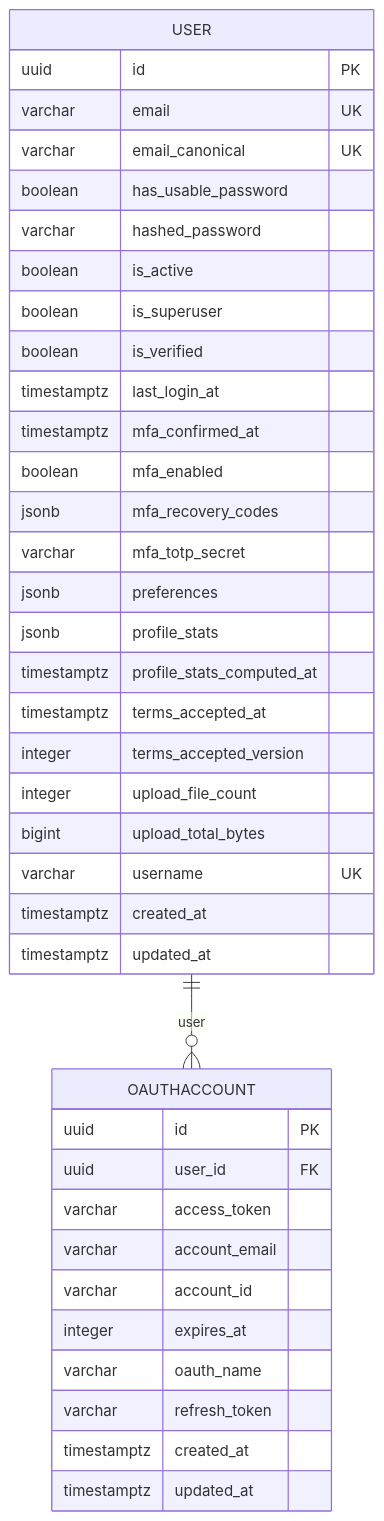
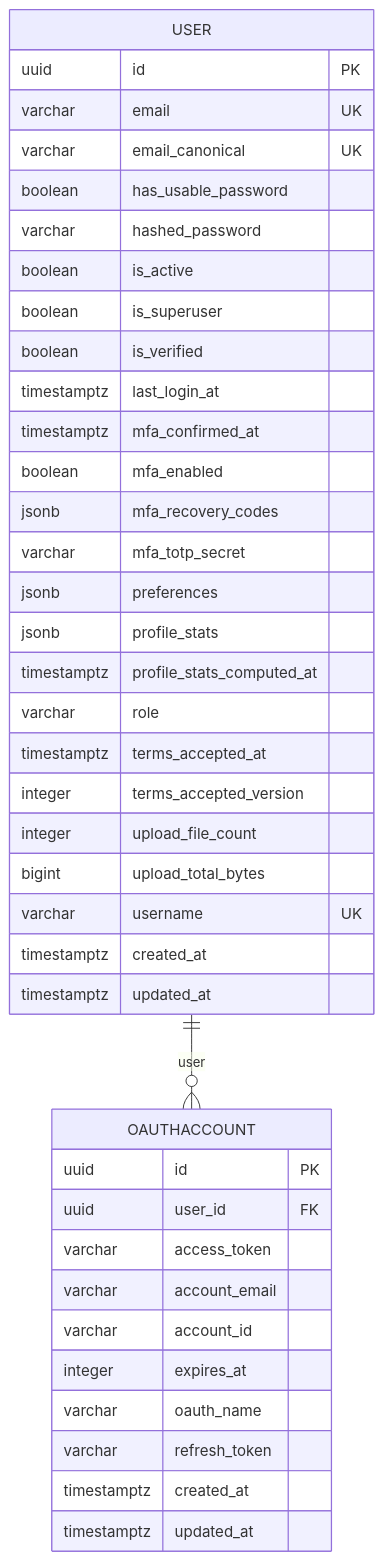
One commit to CMLPlatform/relab changed the diagram in docs/src/components/datamodel/user-management.generated.mdx. Above: the diagram before and after it, drawn with Mermaid. The commit also changed 3 other files, not shown here.

First line of the commit message:
chore(api): regenerate OpenAPI schema and app types

````diff
--- a/docs/src/components/datamodel/user-management.generated.mdx
+++ b/docs/src/components/datamodel/user-management.generated.mdx
@@ -3,46 +3,47 @@
 ```mermaid
 erDiagram
     accTitle: User management entities
     accDescr: The user management tables are OAUTHACCOUNT, USER. Each OAUTHACCOUNT row names exactly one USER as its user.
 
     OAUTHACCOUNT {
         uuid id PK
         uuid user_id FK
         varchar access_token
         varchar account_email
         varchar account_id
         integer expires_at
         varchar oauth_name
         varchar refresh_token
         timestamptz created_at
         timestamptz updated_at
     }
 
     USER {
         uuid id PK
         varchar email UK
         varchar email_canonical UK
         boolean has_usable_password
         varchar hashed_password
         boolean is_active
         boolean is_superuser
         boolean is_verified
         timestamptz last_login_at
         timestamptz mfa_confirmed_at
         boolean mfa_enabled
         jsonb mfa_recovery_codes
         varchar mfa_totp_secret
         jsonb preferences
         jsonb profile_stats
         timestamptz profile_stats_computed_at
+        varchar role
         timestamptz terms_accepted_at
         integer terms_accepted_version
         integer upload_file_count
         bigint upload_total_bytes
         varchar username UK
         timestamptz created_at
         timestamptz updated_at
     }
 
     USER ||--o{ OAUTHACCOUNT : "user"
 ```
````
